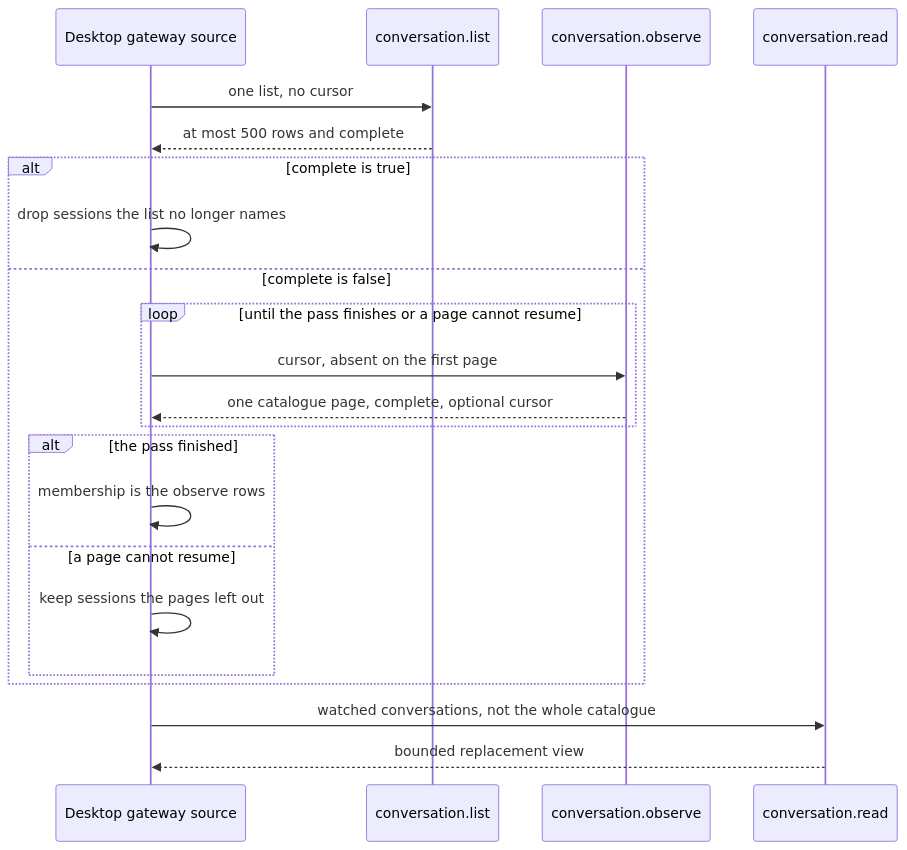
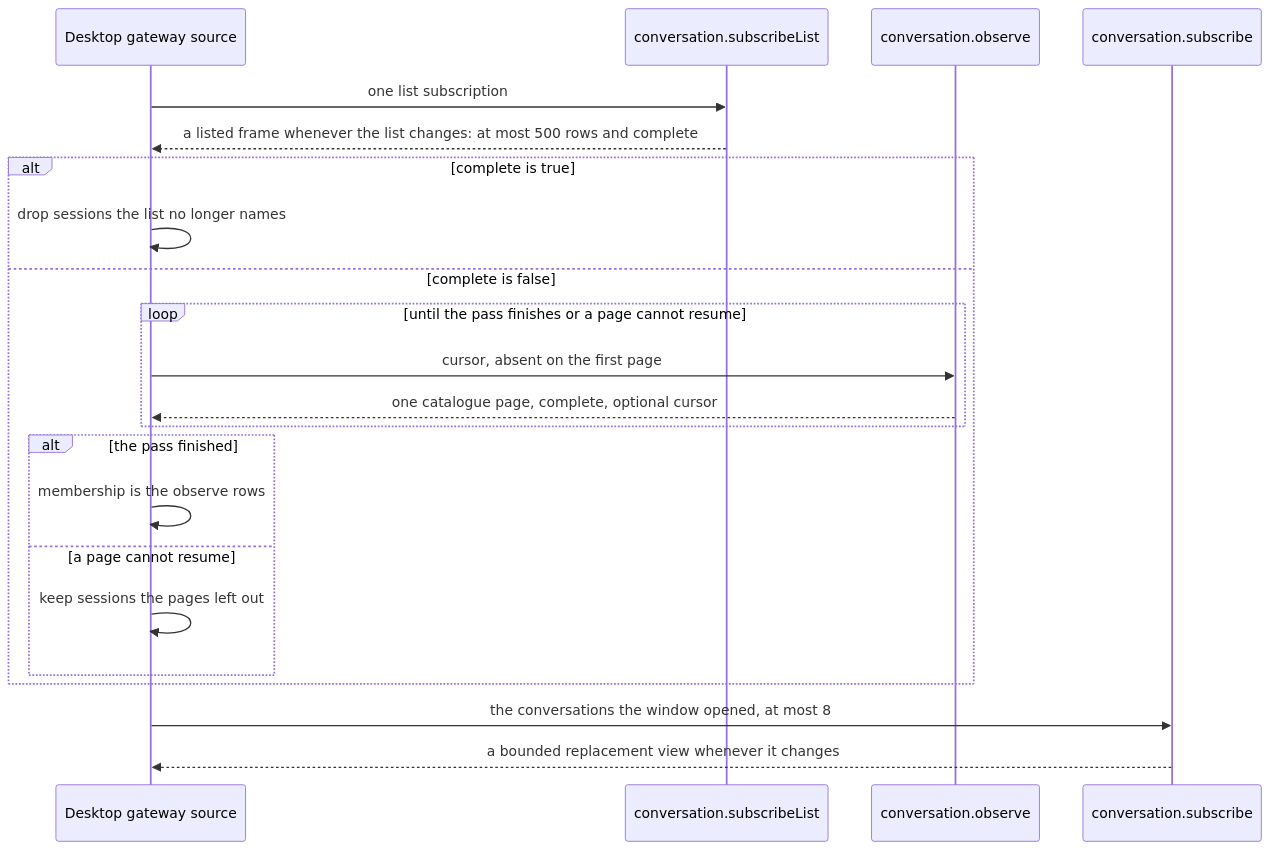
Before and after one commit to nessalabs/nessa-agent: the first of 2 diagrams in docs/design/ui-workspace-load.md, drawn with Mermaid. The commit also changed other lines of this file and 92 other files, not shown here.

````diff
--- a/docs/design/ui-workspace-load.md
+++ b/docs/design/ui-workspace-load.md
@@ -35,24 +35,24 @@
 ```mermaid
 sequenceDiagram
     participant UI as Desktop gateway source
-    participant List as conversation.list
+    participant List as conversation.subscribeList
     participant Observe as conversation.observe
-    participant Read as conversation.read
-    UI->>List: one list, no cursor
-    List-->>UI: at most 500 rows and complete
+    participant View as conversation.subscribe
+    UI->>List: one list subscription
+    List-->>UI: a listed frame whenever the list changes: at most 500 rows and complete
     alt complete is true
         UI->>UI: drop sessions the list no longer names
     else complete is false
         loop until the pass finishes or a page cannot resume
             UI->>Observe: cursor, absent on the first page
             Observe-->>UI: one catalogue page, complete, optional cursor
         end
         alt the pass finished
             UI->>UI: membership is the observe rows
         else a page cannot resume
             UI->>UI: keep sessions the pages left out
         end
     end
-    UI->>Read: watched conversations, not the whole catalogue
-    Read-->>UI: bounded replacement view
+    UI->>View: the conversations the window opened, at most 8
+    View-->>UI: a bounded replacement view whenever it changes
 ```
````
